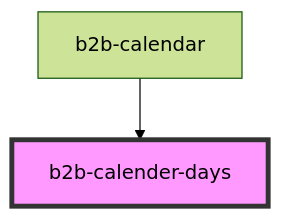
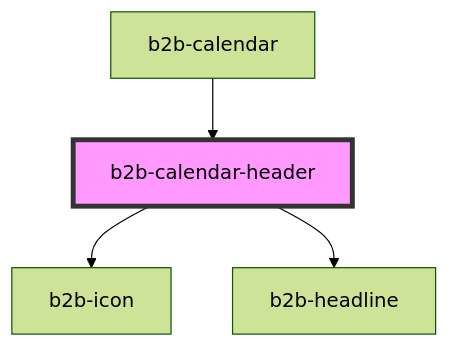
Before and after one commit to otto-de/b2b-design-system: the diagram in packages/core-components/src/components/calendar/readme.md, drawn with Mermaid (forest theme). The commit also changed other lines of this file and 21 other files, not shown here.

````diff
--- a/packages/core-components/src/components/calendar/readme.md
+++ b/packages/core-components/src/components/calendar/readme.md
@@ -35,5 +30,7 @@
 ```mermaid
 graph TD;
-  b2b-calendar --> b2b-calender-days
-  style b2b-calender-days fill:#f9f,stroke:#333,stroke-width:4px
+  b2b-calendar-header --> b2b-icon
+  b2b-calendar-header --> b2b-headline
+  b2b-calendar --> b2b-calendar-header
+  style b2b-calendar-header fill:#f9f,stroke:#333,stroke-width:4px
 ```
````
